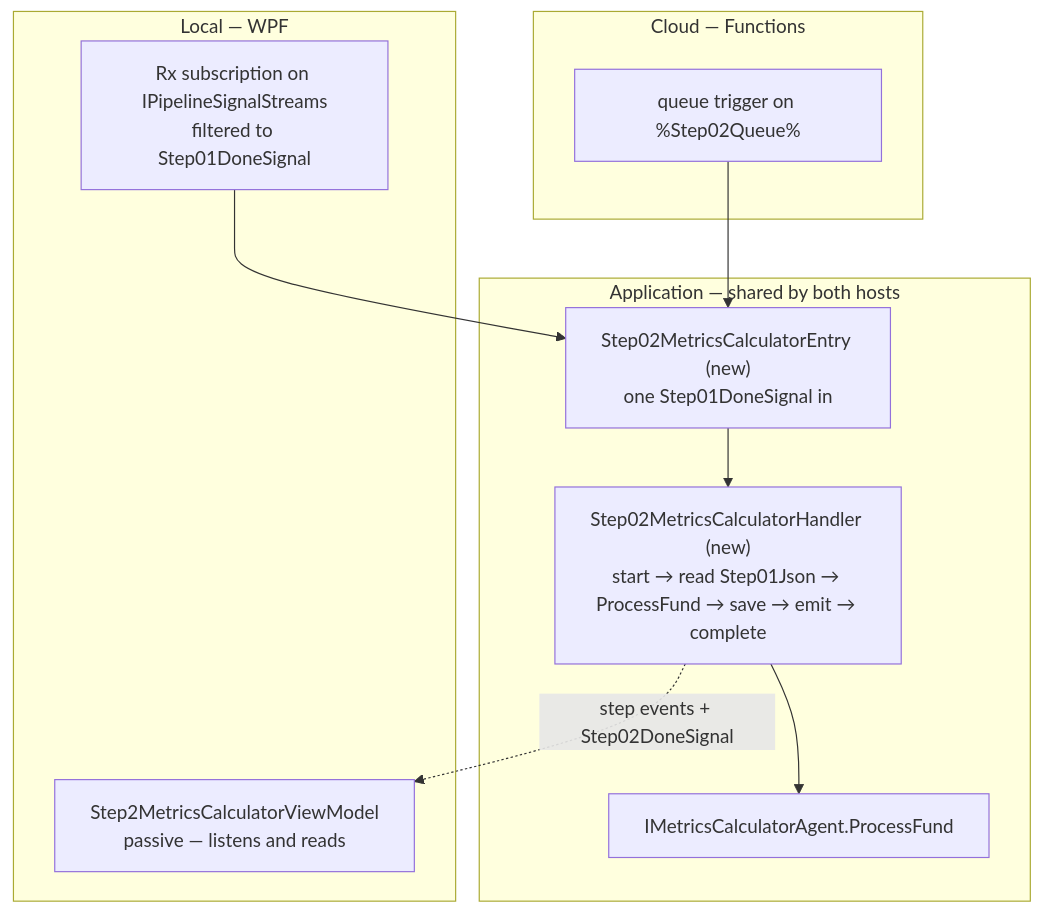
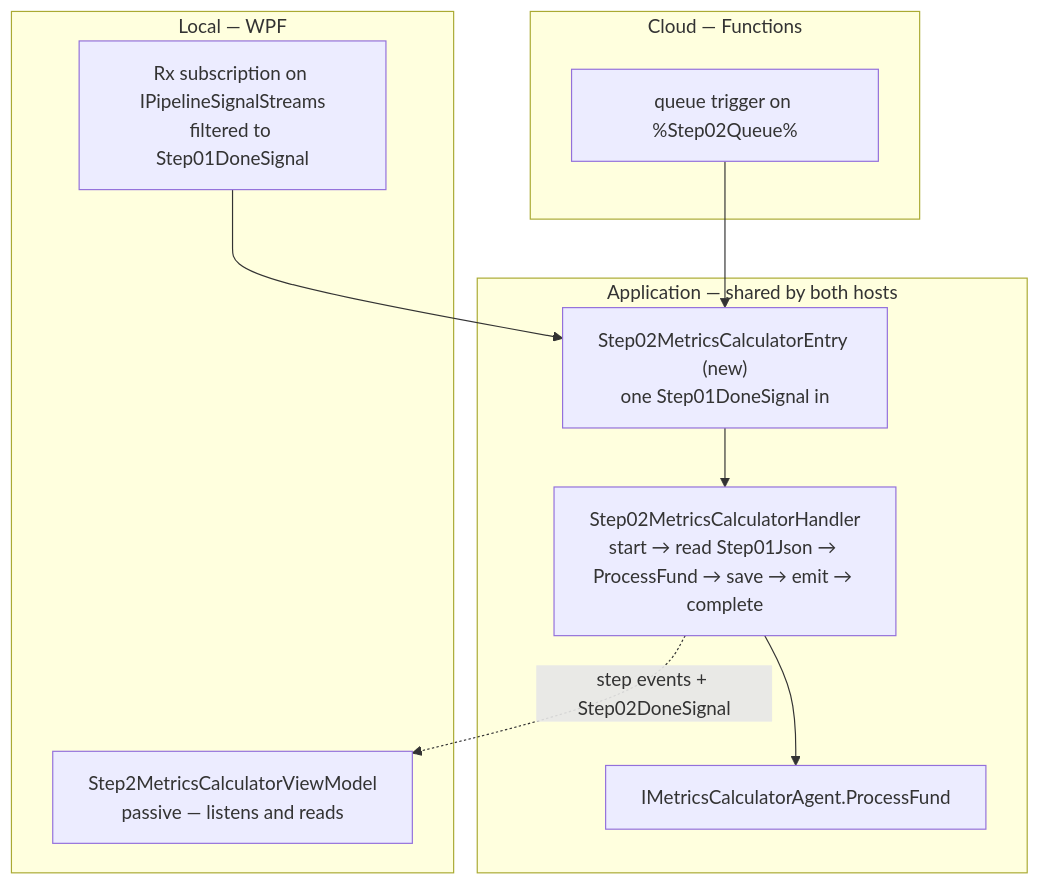
The first of 3 diagrams in Docs/pipeline-redesign/02-metricscalculator.md (Muhomorik/FikaFinans), drawn with Mermaid before and after one commit. The commit also changed other lines of this file and 3 other files, not shown here.

Commit message:
Implement `Step02MetricsCalculatorHandler` with complete step 2 processing logic and tests. Add `IStep02MetricsCalculator` interface and comprehensive unit tests for all phases, including start, load, compute, persist, signal emission, complete, and failure handling.

````diff
--- a/Docs/pipeline-redesign/02-metricscalculator.md
+++ b/Docs/pipeline-redesign/02-metricscalculator.md
@@ -142,19 +142,19 @@
 ```mermaid
 flowchart TB
   subgraph app["Application — shared by both hosts"]
     door["Step02MetricsCalculatorEntry (new)<br/>one Step01DoneSignal in"]
-    h["Step02MetricsCalculatorHandler (new)<br/>start → read Step01Json → ProcessFund → save → emit → complete"]
+    h["Step02MetricsCalculatorHandler<br/>start → read Step01Json → ProcessFund → save → emit → complete"]
     agent["IMetricsCalculatorAgent.ProcessFund"]
     door --> h --> agent
   end
   subgraph local["Local — WPF"]
     rx["Rx subscription on IPipelineSignalStreams<br/>filtered to Step01DoneSignal"]
     vm["Step2MetricsCalculatorViewModel<br/>passive — listens and reads"]
   end
   subgraph cloud["Cloud — Functions"]
     fn["queue trigger on %Step02Queue%"]
   end
   rx --> door
   fn --> door
   h -. "step events + Step02DoneSignal" .-> vm
 ```
````
